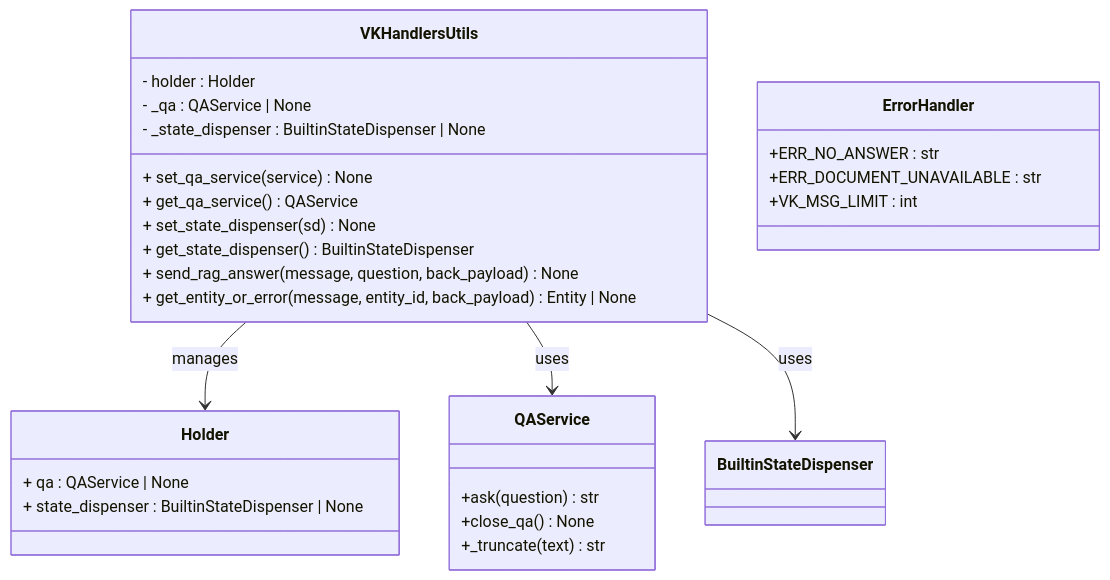
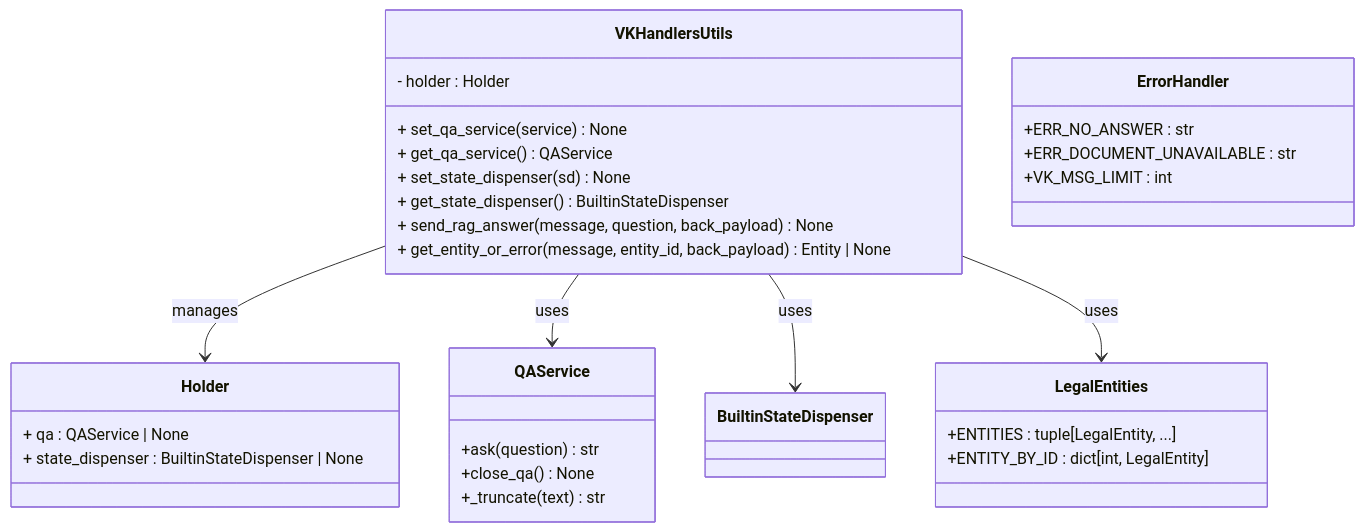
The fourth of 16 diagrams in .qoder/repowiki/en/content/VK Integration/VK Integration.md (ognelis/cafetera_hr_bot), drawn with Mermaid before and after one commit. The commit also changed other lines of this file and 26 other files, not shown here.

````diff
--- a/.qoder/repowiki/en/content/VK Integration/VK Integration.md
+++ b/.qoder/repowiki/en/content/VK Integration/VK Integration.md
@@ -323,31 +338,34 @@
 ```mermaid
 classDiagram
 class VKHandlersUtils {
 - holder : Holder
-- _qa : QAService | None
-- _state_dispenser : BuiltinStateDispenser | None
 + set_qa_service(service) None
 + get_qa_service() QAService
 + set_state_dispenser(sd) None
 + get_state_dispenser() BuiltinStateDispenser
 + send_rag_answer(message, question, back_payload) None
 + get_entity_or_error(message, entity_id, back_payload) Entity | None
 }
 class Holder {
 + qa : QAService | None
 + state_dispenser : BuiltinStateDispenser | None
 }
 class QAService {
 +ask(question) str
 +close_qa() None
 +_truncate(text) str
 }
 class ErrorHandler {
 +ERR_NO_ANSWER : str
 +ERR_DOCUMENT_UNAVAILABLE : str
 +VK_MSG_LIMIT : int
 }
+class LegalEntities {
++ENTITIES : tuple[LegalEntity, ...]
++ENTITY_BY_ID : dict[int, LegalEntity]
+}
 VKHandlersUtils --> Holder : manages
 VKHandlersUtils --> QAService : uses
 VKHandlersUtils --> BuiltinStateDispenser : uses
+VKHandlersUtils --> LegalEntities : uses
 ```
````
